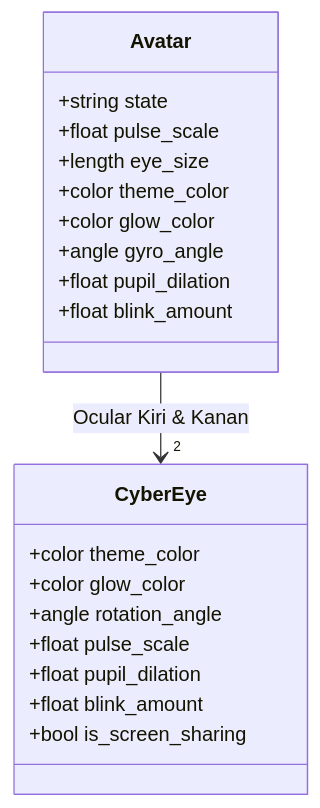
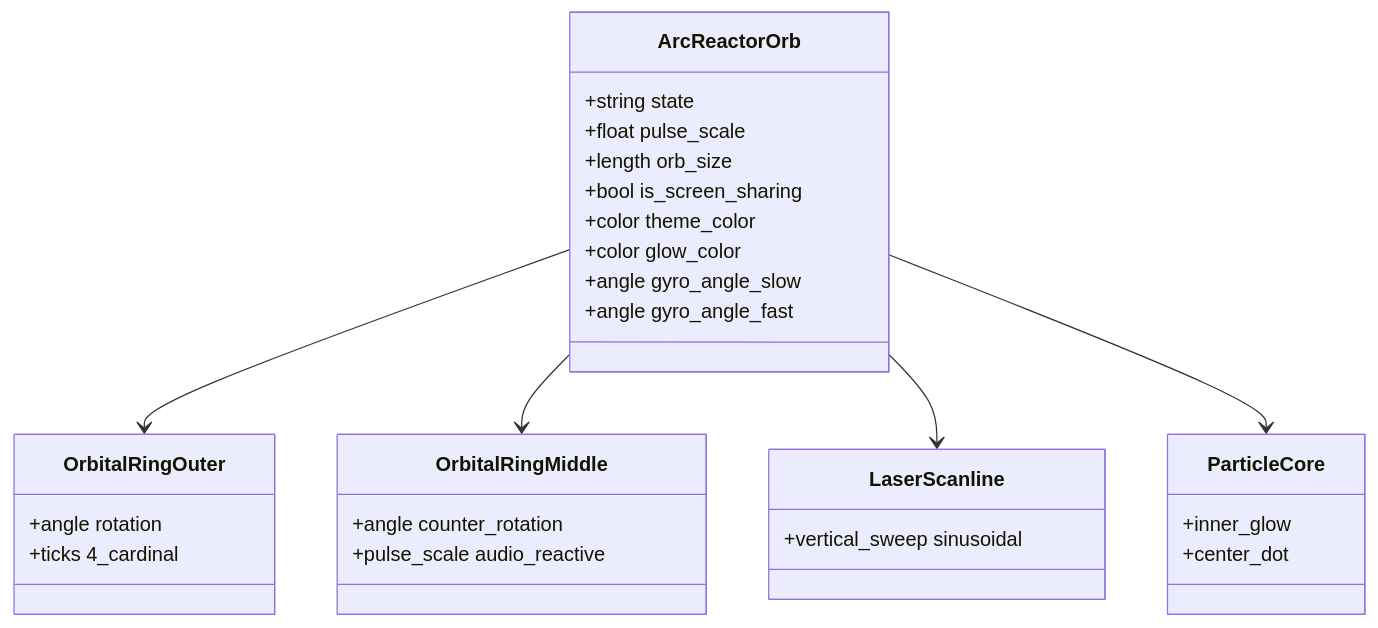
One commit to Knightrelaxed/nexa-windows-bridge changed the second of 3 diagrams in docs/UI_COMPONENTS_AND_SPECIFICATION.md. Above: the diagram before and after it, drawn with Mermaid. The commit also changed other lines of this file and 11 other files, not shown here.

First line of the commit message:
feat(ui): implement Stitch-inspired 3-column Mode 2 Command Center and Arc Reactor Core

````diff
--- a/docs/UI_COMPONENTS_AND_SPECIFICATION.md
+++ b/docs/UI_COMPONENTS_AND_SPECIFICATION.md
@@ -289,23 +251,32 @@
 ```mermaid
 classDiagram
-    class Avatar {
+    class ArcReactorOrb {
         +string state
         +float pulse_scale
-        +length eye_size
+        +length orb_size
+        +bool is_screen_sharing
         +color theme_color
         +color glow_color
-        +angle gyro_angle
-        +float pupil_dilation
-        +float blink_amount
+        +angle gyro_angle_slow
+        +angle gyro_angle_fast
     }
-    class CyberEye {
-        +color theme_color
-        +color glow_color
-        +angle rotation_angle
-        +float pulse_scale
-        +float pupil_dilation
-        +float blink_amount
-        +bool is_screen_sharing
+    class OrbitalRingOuter {
+        +angle rotation
+        +ticks 4_cardinal
     }
-    Avatar --> "2" CyberEye : Ocular Kiri & Kanan
+    class OrbitalRingMiddle {
+        +angle counter_rotation
+        +pulse_scale audio_reactive
+    }
+    class LaserScanline {
+        +vertical_sweep sinusoidal
+    }
+    class ParticleCore {
+        +inner_glow
+        +center_dot
+    }
+    ArcReactorOrb --> OrbitalRingOuter
+    ArcReactorOrb --> OrbitalRingMiddle
+    ArcReactorOrb --> LaserScanline
+    ArcReactorOrb --> ParticleCore
 ```
````
